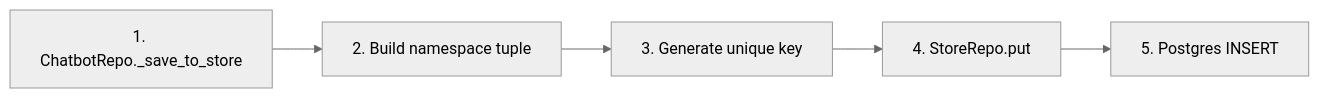
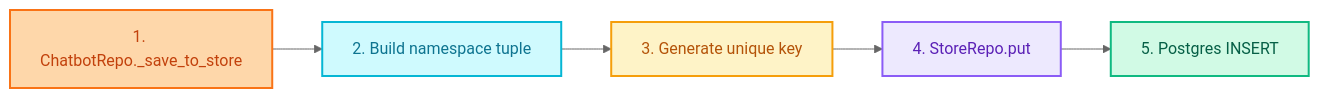
The diagram in docs/assets/diagrams/repositories/stores_README_1.mmd (mhokchuekchuek/mtl_agent), drawn with Mermaid (neutral theme) before and after one commit. The commit also changed 92 other files, not shown here.

```diff
--- a/docs/assets/diagrams/repositories/stores_README_1.mmd
+++ b/docs/assets/diagrams/repositories/stores_README_1.mmd
@@ -1,5 +1,17 @@
 flowchart LR
     1[1. ChatbotRepo._save_to_store] --> 2[2. Build namespace tuple]
     2 --> 3[3. Generate unique key]
     3 --> 4[4. StoreRepo.put]
     4 --> 5[5. Postgres INSERT]
+
+    classDef repo fill:#fed7aa,stroke:#f97316,stroke-width:2px,color:#c2410c
+    classDef namespace fill:#cffafe,stroke:#06b6d4,stroke-width:2px,color:#0e7490
+    classDef key fill:#fef3c7,stroke:#f59e0b,stroke-width:2px,color:#b45309
+    classDef store fill:#ede9fe,stroke:#8b5cf6,stroke-width:2px,color:#5b21b6
+    classDef db fill:#d1fae5,stroke:#10b981,stroke-width:2px,color:#065f46
+
+    class 1 repo
+    class 2 namespace
+    class 3 key
+    class 4 store
+    class 5 db
```
